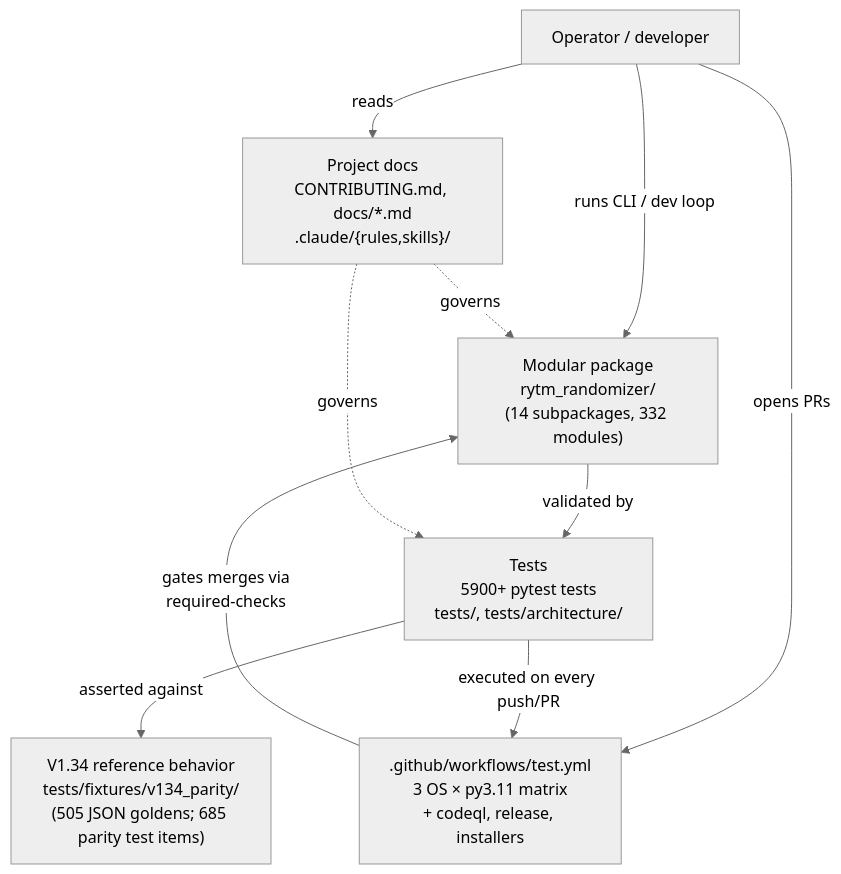
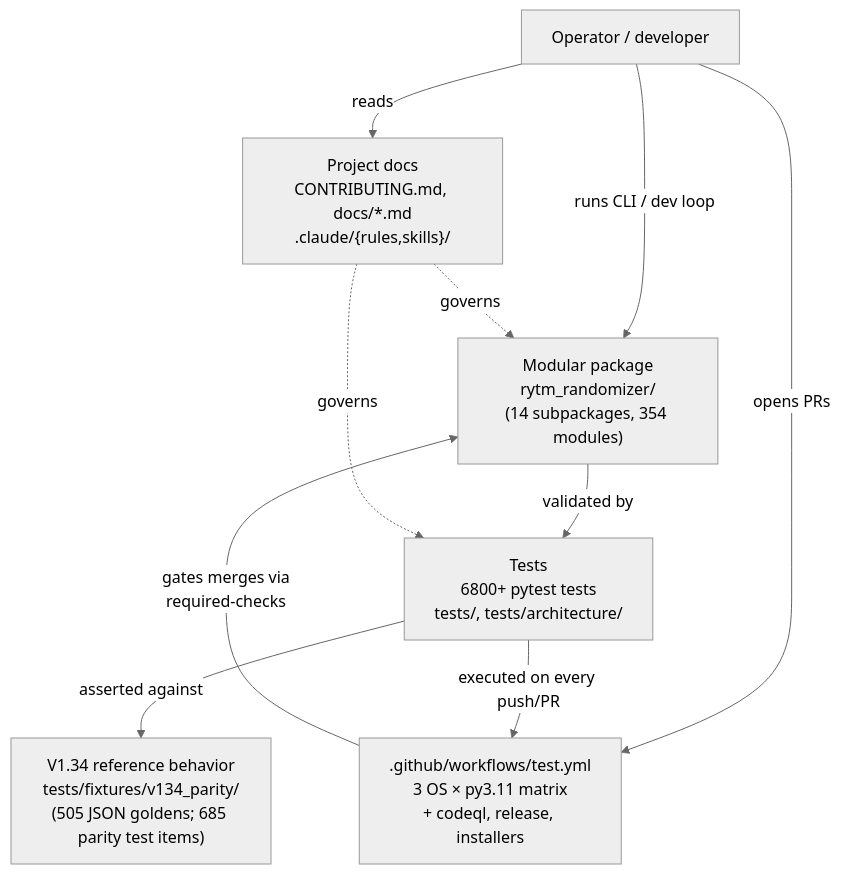
Before and after one commit to buzzijose-hub/RytmRandomizer: the first of 34 diagrams in docs/ARCHITECTURE_DIAGRAMS.md, drawn with Mermaid (neutral theme). The commit also changed other lines of this file and 157 other files, not shown here.

````diff
--- a/docs/ARCHITECTURE_DIAGRAMS.md
+++ b/docs/ARCHITECTURE_DIAGRAMS.md
@@ -49,22 +50,22 @@
 ```mermaid
 flowchart TB
     User["Operator / developer"]
     V134["V1.34 reference behavior<br/>tests/fixtures/v134_parity/<br/>(505 JSON goldens; 685 parity test items)"]
-    Package["Modular package<br/>rytm_randomizer/<br/>(14 subpackages, 332 modules)"]
-    Tests["Tests<br/>5900+ pytest tests<br/>tests/, tests/architecture/"]
+    Package["Modular package<br/>rytm_randomizer/<br/>(14 subpackages, 354 modules)"]
+    Tests["Tests<br/>6800+ pytest tests<br/>tests/, tests/architecture/"]
     CI[".github/workflows/test.yml<br/>3 OS × py3.11 matrix<br/>+ codeql, release, installers"]
     Docs["Project docs<br/>CONTRIBUTING.md, docs/*.md<br/>.claude/{rules,skills}/"]
 
     User -->|"runs CLI / dev loop"| Package
     User -->|"opens PRs"| CI
     User -->|"reads"| Docs
 
     Package -->|"validated by"| Tests
     Tests -->|"asserted against"| V134
     Tests -->|"executed on every push/PR"| CI
 
     CI -->|"gates merges via<br/>required-checks"| Package
 
     Docs -.->|"governs"| Package
     Docs -.->|"governs"| Tests
 ```
````
